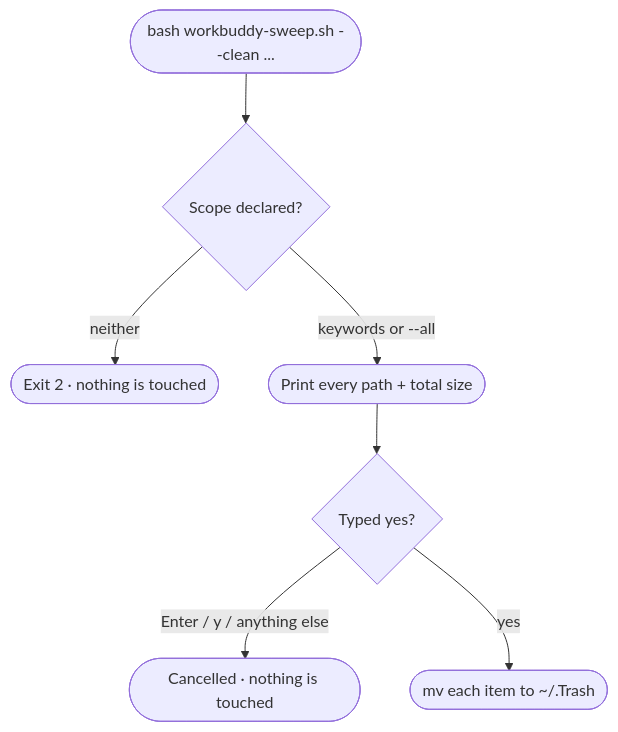
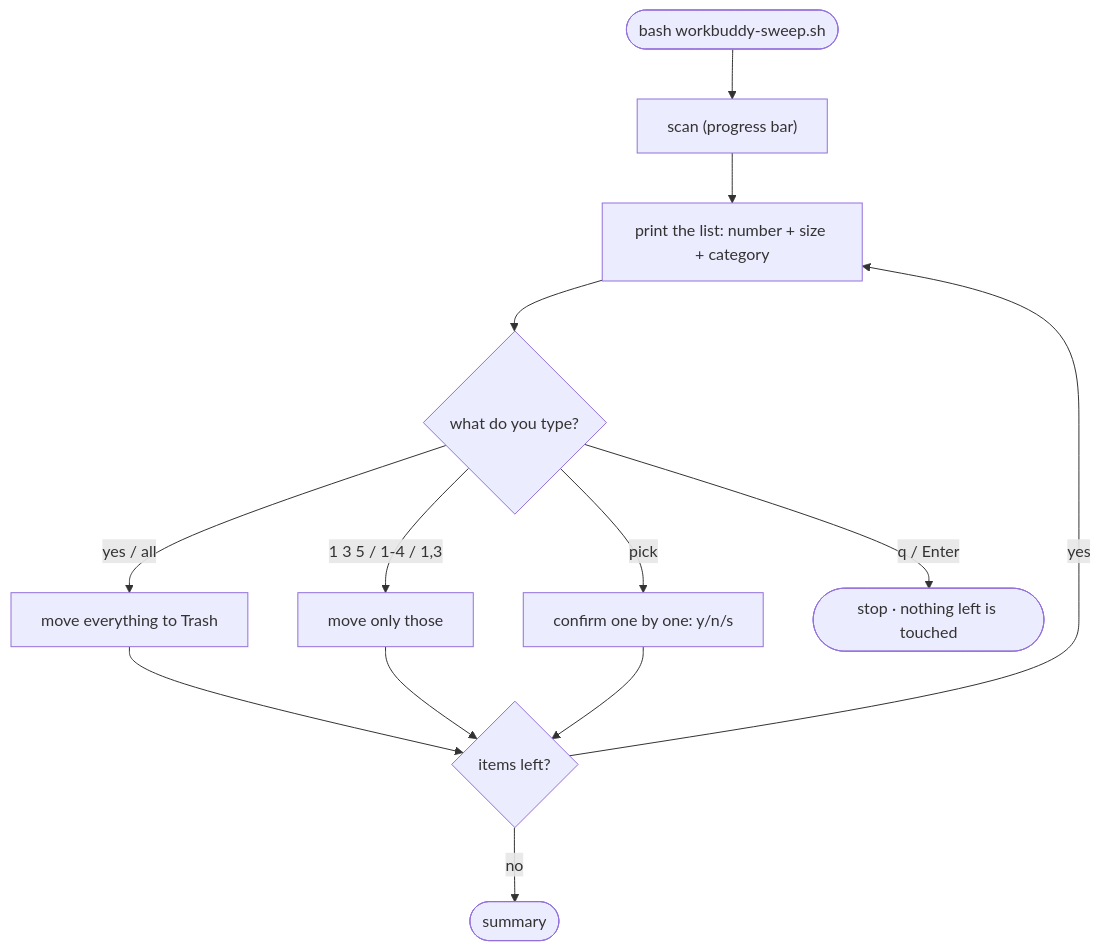
One commit to Congxiang1994/mac-sweep changed the diagram in README.en.md. Above: the diagram before and after it, drawn with Mermaid. The commit also changed other lines of this file and 5 other files, not shown here.

````diff
--- a/README.en.md
+++ b/README.en.md
@@ -90,9 +71,15 @@
 ```mermaid
 flowchart TD
-    S(["bash workbuddy-sweep.sh --clean ..."]) --> W{"Scope declared?"}
-    W -- "neither" --> E2(["Exit 2 · nothing is touched"])
-    W -- "keywords or --all" --> L(["Print every path + total size"])
-    L --> Y{"Typed yes?"}
-    Y -- "Enter / y / anything else" --> CXL(["Cancelled · nothing is touched"])
-    Y -- "yes" --> T(["mv each item to ~/.Trash"])
+    S(["bash workbuddy-sweep.sh"]) --> P["scan (progress bar)"]
+    P --> L["print the list: number + size + category"]
+    L --> Q{"what do you type?"}
+    Q -- "yes / all" --> T["move everything to Trash"]
+    Q -- "1 3 5 / 1-4 / 1,3" --> T2["move only those"]
+    Q -- "pick" --> T3["confirm one by one: y/n/s"]
+    Q -- "q / Enter" --> CXL(["stop · nothing left is touched"])
+    T --> R{"items left?"}
+    T2 --> R
+    T3 --> R
+    R -- "yes" --> L
+    R -- "no" --> DONE(["summary"])
 ```
````
